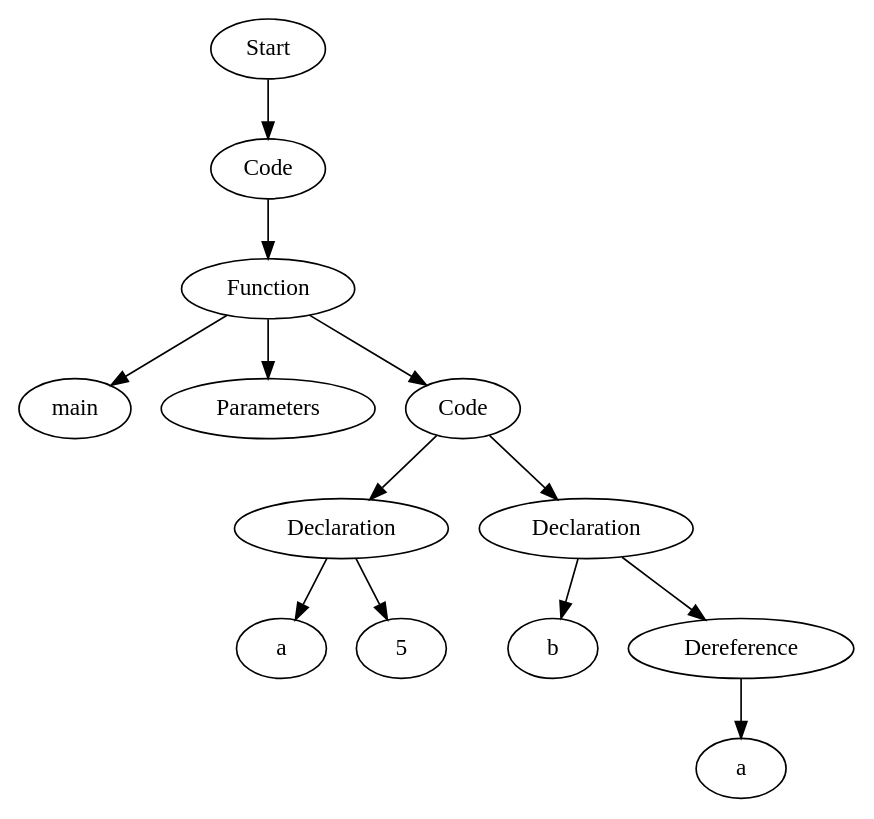
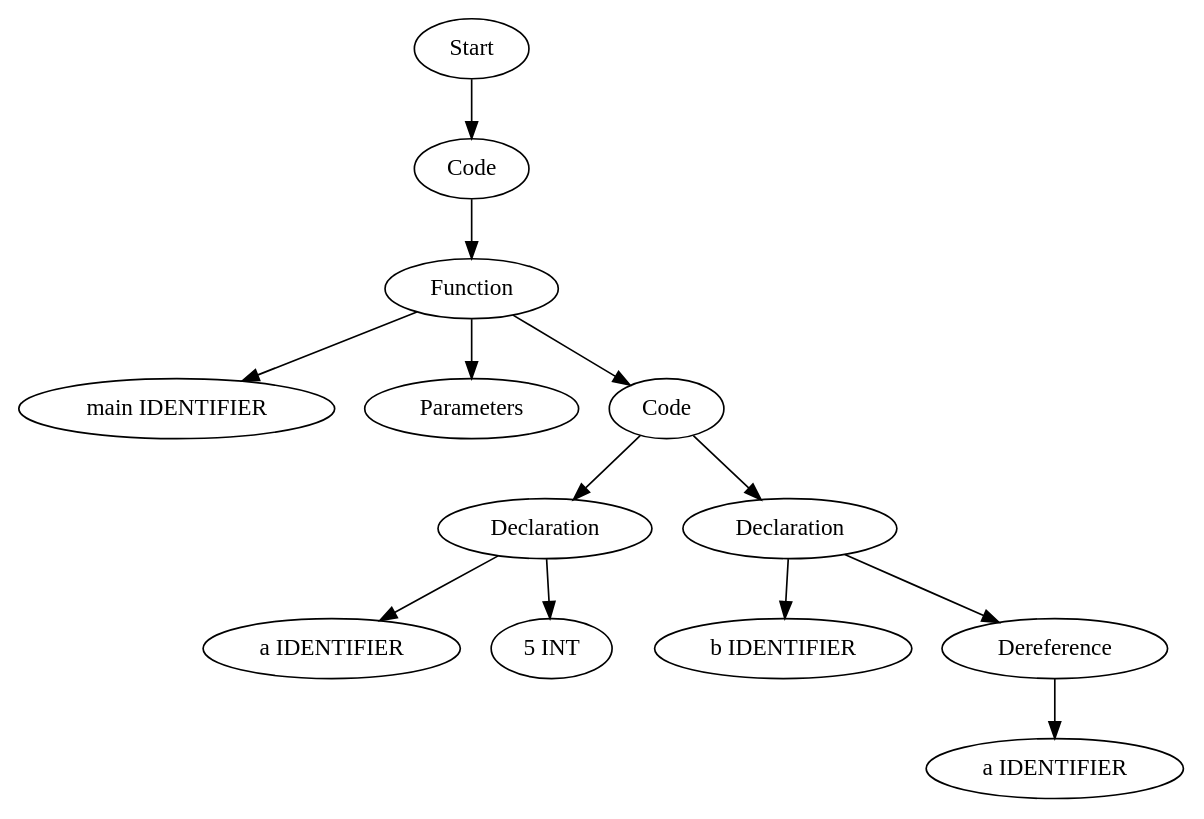
Before and after one commit to Are-you-listening/Compilers: the diagram in TestCases/ASTTests/ConversionTests/createTests/read_file_before.dot, drawn with Graphviz. The commit also changed 208 other files, not shown here.

```diff
--- a/TestCases/ASTTests/ConversionTests/createTests/read_file_before.dot
+++ b/TestCases/ASTTests/ConversionTests/createTests/read_file_before.dot
@@ -1,27 +1,27 @@
 digraph AST {
-  "127356730776768" [label="Start"];
-  "127356730776768" -> "127356730769520";
-  "127356730769520" [label="Code"];
-  "127356730769520" -> "127356730773072";
-  "127356730773072" [label="Function"];
-  "127356730773072" -> "127356730773456";
-  "127356730773072" -> "127356730779792";
-  "127356730773072" -> "127356730778400";
-  "127356730773456" [label="main"];
-  "127356730779792" [label="Parameters"];
-  "127356730778400" [label="Code"];
-  "127356730778400" -> "127356730775808";
-  "127356730778400" -> "127356730776576";
-  "127356730775808" [label="Declaration"];
-  "127356730775808" -> "127356730778352";
-  "127356730775808" -> "127356730779600";
-  "127356730778352" [label="a"];
-  "127356730779600" [label="5"];
-  "127356730776576" [label="Declaration"];
-  "127356730776576" -> "127356730778736";
-  "127356730776576" -> "127356730775088";
-  "127356730778736" [label="b"];
-  "127356730775088" [label="Dereference"];
-  "127356730775088" -> "127356730778208";
-  "127356730778208" [label="a"];
+  "135225300648288" [label="Start"];
+  "135225300648288" -> "135225300660432";
+  "135225300660432" [label="Code"];
+  "135225300660432" -> "135225300661824";
+  "135225300661824" [label="Function"];
+  "135225300661824" -> "135225300662112";
+  "135225300661824" -> "135225300659328";
+  "135225300661824" -> "135225300649296";
+  "135225300662112" [label="main IDENTIFIER"];
+  "135225300659328" [label="Parameters"];
+  "135225300649296" [label="Code"];
+  "135225300649296" -> "135225300648432";
+  "135225300649296" -> "135225300660192";
+  "135225300648432" [label="Declaration"];
+  "135225300648432" -> "135225300651840";
+  "135225300648432" -> "135225300659088";
+  "135225300651840" [label="a IDENTIFIER"];
+  "135225300659088" [label="5 INT"];
+  "135225300660192" [label="Declaration"];
+  "135225300660192" -> "135225300650016";
+  "135225300660192" -> "135225300652656";
+  "135225300650016" [label="b IDENTIFIER"];
+  "135225300652656" [label="Dereference"];
+  "135225300652656" -> "135225300657744";
+  "135225300657744" [label="a IDENTIFIER"];
 }
```
